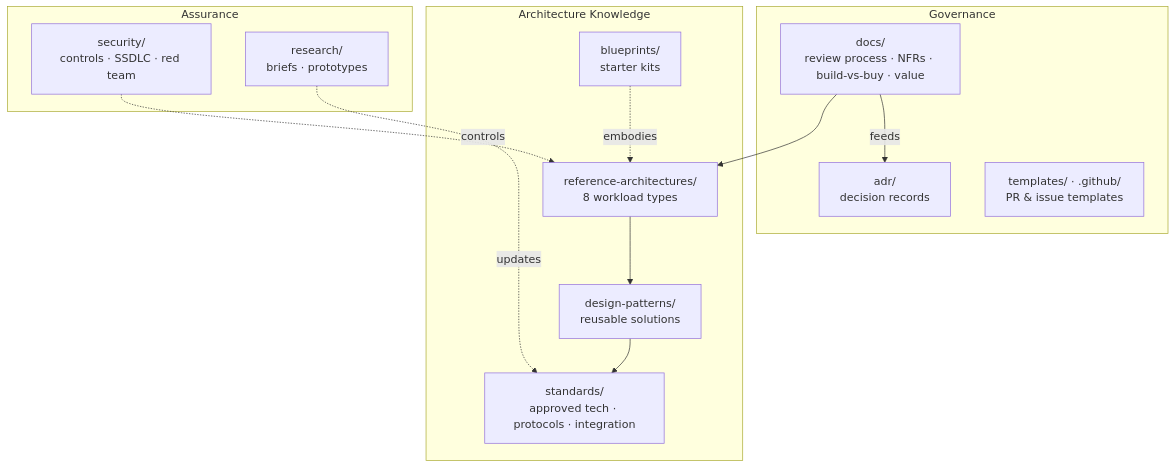
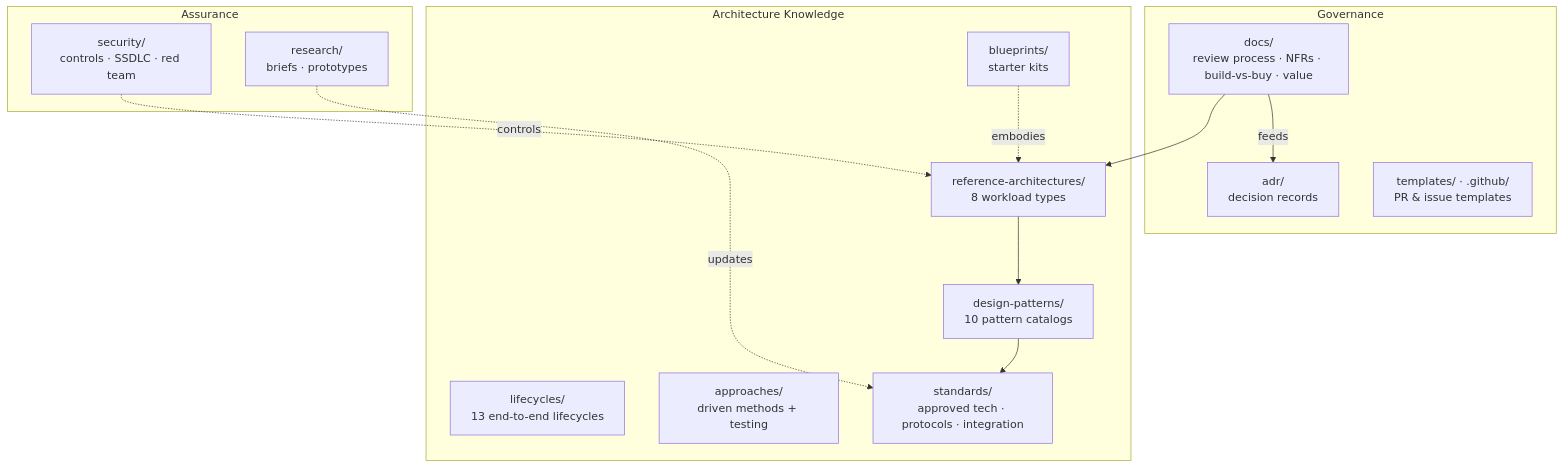
Before and after one commit to MrKyaw/Enterprise-AI-Reference-Architecture: the diagram in README.md, drawn with Mermaid. The commit also changed other lines of this file and 32 other files, not shown here.

First line of the commit message:
Add complete lifecycle catalog, design pattern catalogs, and driven-development approaches

````diff
--- a/README.md
+++ b/README.md
@@ -40,25 +55,27 @@
 ```mermaid
 flowchart TB
     subgraph Governance [Governance]
         DOCS[docs/<br/>review process · NFRs · build-vs-buy · value]
         ADR[adr/<br/>decision records]
         TPL[templates/ · .github/<br/>PR & issue templates]
     end
     subgraph Knowledge [Architecture Knowledge]
         RA[reference-architectures/<br/>8 workload types]
-        PAT[design-patterns/<br/>reusable solutions]
+        LC[lifecycles/<br/>13 end-to-end lifecycles]
+        PAT[design-patterns/<br/>10 pattern catalogs]
+        APP[approaches/<br/>driven methods + testing]
         STD[standards/<br/>approved tech · protocols · integration]
         BP[blueprints/<br/>starter kits]
     end
     subgraph Assurance [Assurance]
         SEC[security/<br/>controls · SSDLC · red team]
         RES[research/<br/>briefs · prototypes]
     end
 
     RA --> PAT --> STD
     DOCS --> RA
     DOCS -->|feeds| ADR
     SEC -.controls.-> RA
     RES -.updates.-> STD
     BP -.embodies.-> RA
 ```
````
